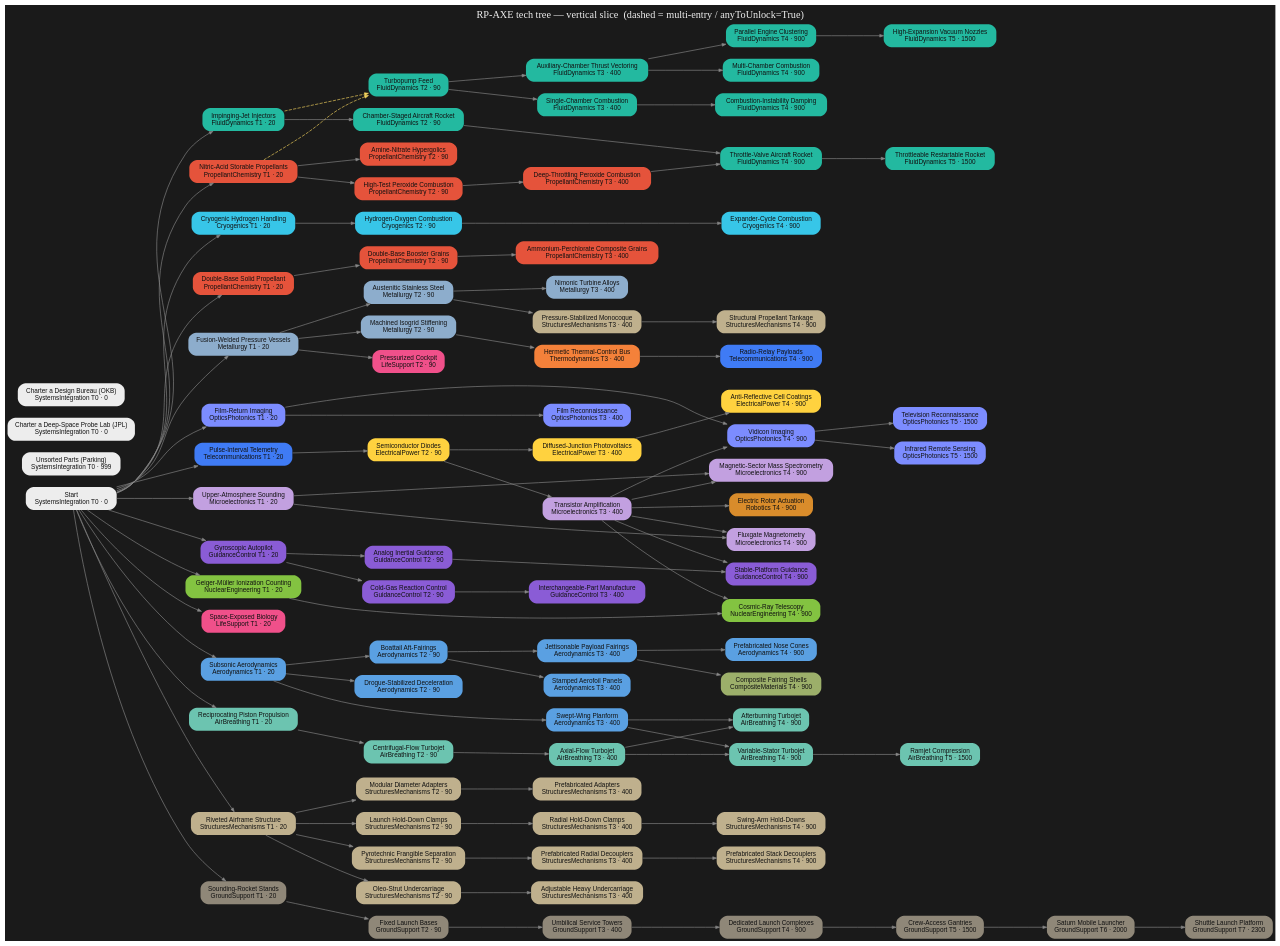
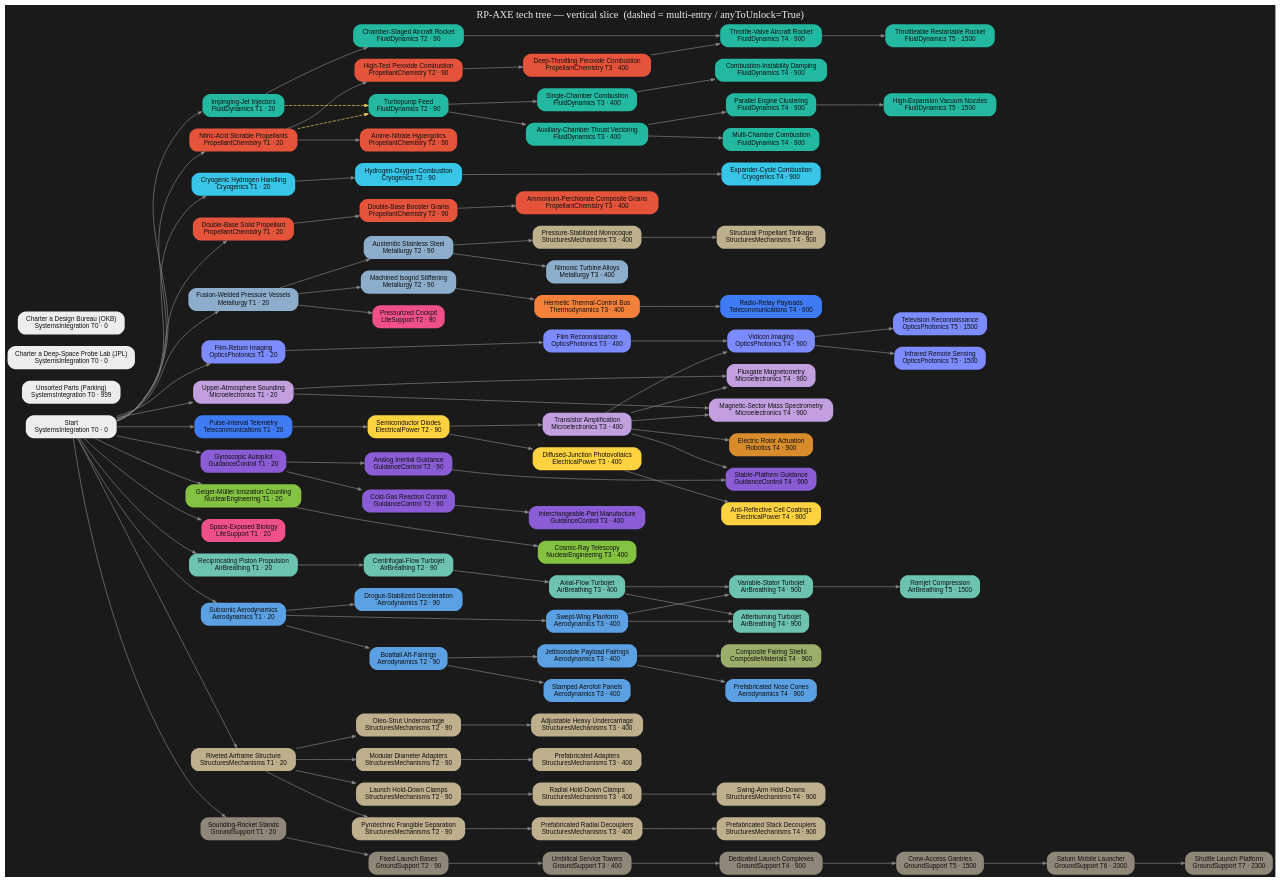
One commit to miskoltrans/RP-AXE changed the diagram in tree/render/axe-tree.dot. Above: the diagram before and after it, drawn with Graphviz. The commit also changed 5 other files, not shown here.

First line of the commit message:
tree(band1): vidicon descends from film-recon; cosmic-ray off the transistor

```diff
--- a/tree/render/axe-tree.dot
+++ b/tree/render/axe-tree.dot
@@ -86,15 +86,15 @@
   "gs_saturnPad" [label="Saturn Mobile Launcher\nGroundSupport T6 · 2000",fillcolor="#8f8778",fontcolor="#111111"];
   "gs_shuttlePad" [label="Shuttle Launch Platform\nGroundSupport T7 · 2300",fillcolor="#8f8778",fontcolor="#111111"];
   "aero_prefabNoseCones" [label="Prefabricated Nose Cones\nAerodynamics T4 · 900",fillcolor="#5aa0e2",fontcolor="#111111"];
-  "nuc_cosmicRay" [label="Cosmic-Ray Telescopy\nNuclearEngineering T4 · 900",fillcolor="#83c341",fontcolor="#111111"];
+  "nuc_cosmicRay" [label="Cosmic-Ray Telescopy\nNuclearEngineering T3 · 400",fillcolor="#83c341",fontcolor="#111111"];
   "opt_recon" [label="Film Reconnaissance\nOpticsPhotonics T3 · 400",fillcolor="#7c8cff",fontcolor="#111111"];
   "opt_tvRecon" [label="Television Reconnaissance\nOpticsPhotonics T5 · 1500",fillcolor="#7c8cff",fontcolor="#111111"];
   "opt_remoteSensing" [label="Infrared Remote Sensing\nOpticsPhotonics T5 · 1500",fillcolor="#7c8cff",fontcolor="#111111"];
   { rank=same; "start" "parking" "hire_JPL" "hire_OKB" }
   { rank=same; "pc_storables" "cryo_hydrogen" "pc_doubleBaseSolid" "fd_injectors" "met_weldedTank" "tel_telemetry" "opt_filmReturn" "nuc_geiger" "bio_cultures" "mic_atmoSounding" "aero_subsonicWing" "str_structuralHardware" "gnc_postWarAvionics" "prop_recipEngine" "gs_soundingStands" }
   { rank=same; "fd_turbopumpFeed" "cryo_hydroloxPrototype" "pc_doubleBaseBooster" "pc_hypergolics" "pc_htp" "met_stainlessSteel" "met_isogrid" "str_staging" "elec_semiconductorDiode" "gnc_rcs" "aero_recovery" "str_landingGear" "av_centrifugalJet" "fd_rocketplaneRocket" "gnc_avionicsPrototypes" "aero_boattail" "str_diameterAdapters" "life_pilotedCockpits" "gs_launchClamps" "gs_launchBases" }
-  { rank=same; "fd_singleChamber" "fd_verniers" "pc_compositeSolid" "pc_stentor" "met_nimonic" "str_balloonTank" "aero_fairings" "th_hermeticBus" "elec_transistor" "elec_siliconPV" "str_adjustableGear" "av_axialJet" "aero_supersonicWing" "gnc_standardRCS" "aero_stampedWings" "str_prefabAdapters" "str_radialDecouplers" "gs_radialClamps" "gs_serviceTowers" "opt_recon" }
-  { rank=same; "fd_largeChamber" "fd_orbitalSoviet" "fd_orbitalMultiChamber" "cryo_expanderCycle" "rob_rotorActuation" "opt_vidicon" "mic_massSpec" "mic_magnetometer" "av_afterburner" "av_variableStator" "fd_throttleableRocketplane" "gnc_earlyAvionics" "str_serviceModuleTank" "cmp_compositeFairings" "elec_arCoatings" "str_standardDecouplers" "tel_appSatellites" "gs_holdDownArms" "gs_dedicatedComplexes" "aero_prefabNoseCones" "nuc_cosmicRay" }
+  { rank=same; "fd_singleChamber" "fd_verniers" "pc_compositeSolid" "pc_stentor" "met_nimonic" "str_balloonTank" "aero_fairings" "th_hermeticBus" "elec_transistor" "elec_siliconPV" "str_adjustableGear" "av_axialJet" "aero_supersonicWing" "gnc_standardRCS" "aero_stampedWings" "str_prefabAdapters" "str_radialDecouplers" "gs_radialClamps" "gs_serviceTowers" "nuc_cosmicRay" "opt_recon" }
+  { rank=same; "fd_largeChamber" "fd_orbitalSoviet" "fd_orbitalMultiChamber" "cryo_expanderCycle" "rob_rotorActuation" "opt_vidicon" "mic_massSpec" "mic_magnetometer" "av_afterburner" "av_variableStator" "fd_throttleableRocketplane" "gnc_earlyAvionics" "str_serviceModuleTank" "cmp_compositeFairings" "elec_arCoatings" "str_standardDecouplers" "tel_appSatellites" "gs_holdDownArms" "gs_dedicatedComplexes" "aero_prefabNoseCones" }
   { rank=same; "fd_matureOrbital" "av_ramjet" "fd_throttlingRocket" "gs_crewGantries" "opt_tvRecon" "opt_remoteSensing" }
   { rank=same; "gs_saturnPad" }
   { rank=same; "gs_shuttlePad" }
@@ -133,7 +133,7 @@
   "gnc_postWarAvionics" -> "gnc_rcs" [style=solid];
   "aero_subsonicWing" -> "aero_recovery" [style=solid];
   "start" -> "opt_filmReturn" [style=solid];
-  "opt_filmReturn" -> "opt_vidicon" [style=solid];
+  "opt_recon" -> "opt_vidicon" [style=solid];
   "elec_transistor" -> "opt_vidicon" [style=solid];
   "start" -> "nuc_geiger" [style=solid];
   "mic_atmoSounding" -> "mic_massSpec" [style=solid];
@@ -187,7 +187,6 @@
   "gs_saturnPad" -> "gs_shuttlePad" [style=solid];
   "aero_fairings" -> "aero_prefabNoseCones" [style=solid];
   "nuc_geiger" -> "nuc_cosmicRay" [style=solid];
-  "elec_transistor" -> "nuc_cosmicRay" [style=solid];
   "opt_filmReturn" -> "opt_recon" [style=solid];
   "opt_vidicon" -> "opt_tvRecon" [style=solid];
   "opt_vidicon" -> "opt_remoteSensing" [style=solid];
```
